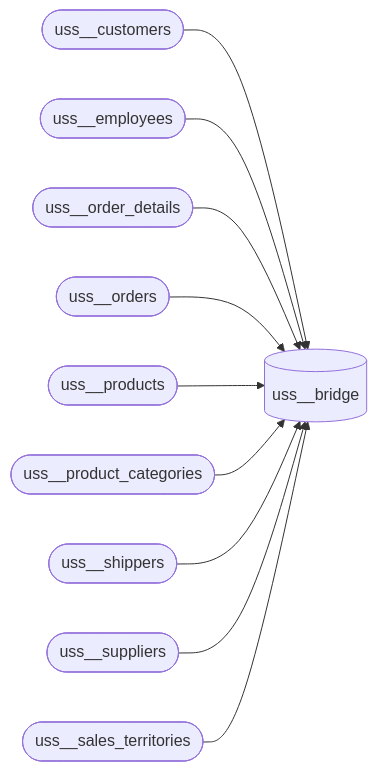
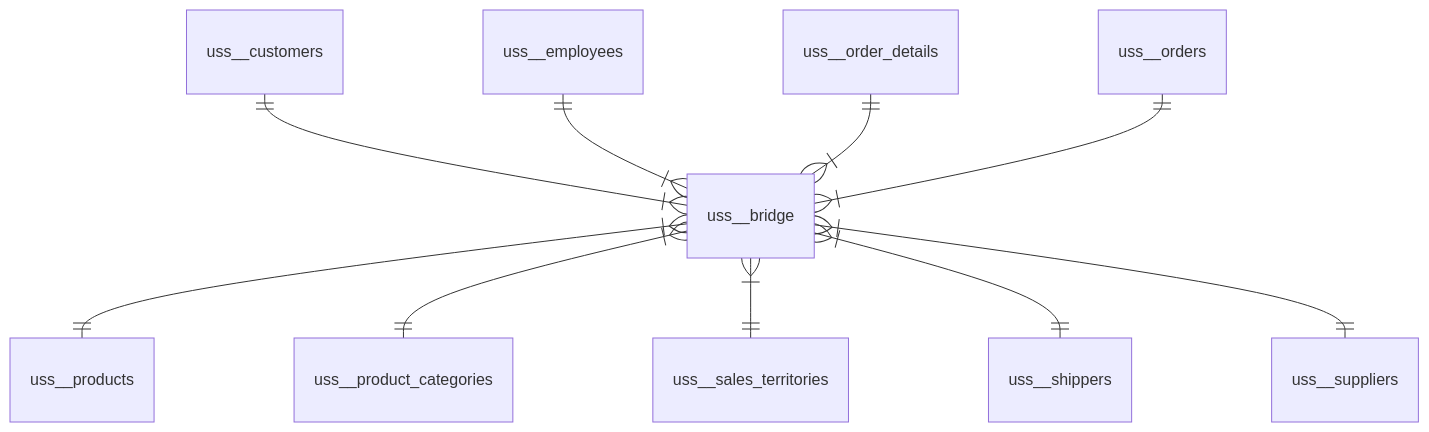
Before and after one commit to mattiasthalen/obsidian-insights: the fourth of 4 diagrams in README.md, drawn with Mermaid.

Commit message:
Redesign gold ERD

````diff
--- a/README.md
+++ b/README.md
@@ -158,23 +158,13 @@
 ```mermaid
-flowchart LR
-    uss__bridge[("uss__bridge")]
-    uss__customers(["uss__customers"])
-    uss__employees(["uss__employees"])
-    uss__order_details(["uss__order_details"])
-    uss__orders(["uss__orders"])
-    uss__products(["uss__products"])
-    uss__product_categories(["uss__product_categories"])
-    uss__shippers(["uss__shippers"])
-    uss__suppliers(["uss__suppliers"])
-    uss__sales_territories(["uss__sales_territories"])
+erDiagram
+    uss__customers ||--|{ uss__bridge: ""
+    uss__employees ||--|{ uss__bridge: ""
+    uss__order_details ||--|{ uss__bridge: ""
+    uss__orders ||--|{ uss__bridge: ""
 
-    uss__customers --> uss__bridge
-    uss__employees --> uss__bridge
-    uss__order_details --> uss__bridge
-    uss__orders --> uss__bridge
-    uss__products --> uss__bridge
-    uss__product_categories --> uss__bridge
-    uss__shippers --> uss__bridge
-    uss__suppliers --> uss__bridge
-    uss__sales_territories --> uss__bridge
+    uss__bridge }|--|| uss__products : ""
+    uss__bridge }|--|| uss__product_categories: ""
+    uss__bridge }|--|| uss__sales_territories: ""
+    uss__bridge }|--|| uss__shippers: ""
+    uss__bridge }|--|| uss__suppliers: ""
 ```
````
